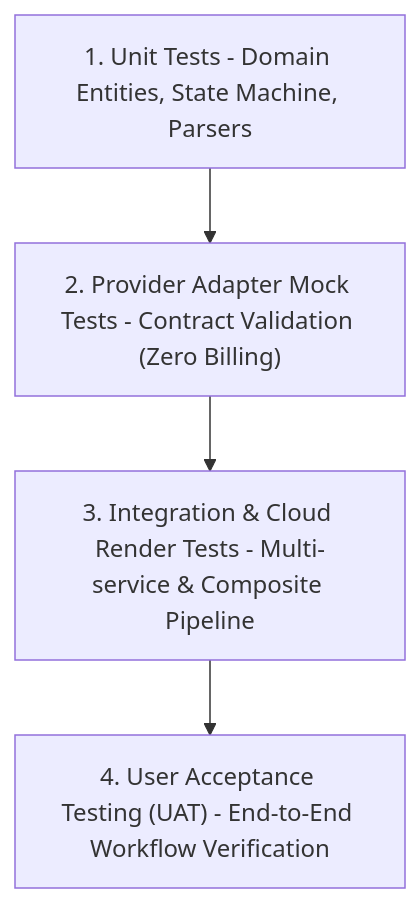
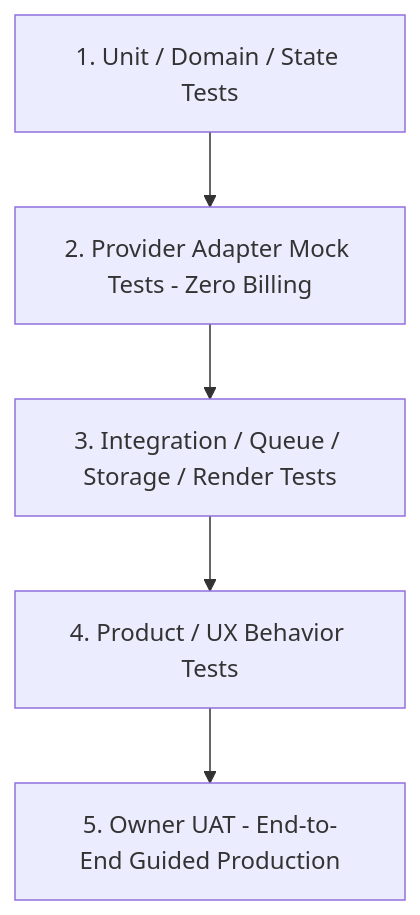
The diagram in project-docs/40_DELIVERY/TEST_UAT_STRATEGY.md (rebootob/Orbis-Video-Studio-AI), drawn with Mermaid before and after one commit. The commit also changed other lines of this file, not shown here.

Commit message:
docs: update test and UAT strategy for staged automation

````diff
--- a/project-docs/40_DELIVERY/TEST_UAT_STRATEGY.md
+++ b/project-docs/40_DELIVERY/TEST_UAT_STRATEGY.md
@@ -11,11 +11,13 @@
 ```mermaid
 graph TD
-    UAT["4. User Acceptance Testing (UAT) - End-to-End Workflow Verification"]
-    Integration["3. Integration & Cloud Render Tests - Multi-service & Composite Pipeline"]
-    MockProvider["2. Provider Adapter Mock Tests - Contract Validation (Zero Billing)"]
-    Unit["1. Unit Tests - Domain Entities, State Machine, Parsers"]
+    UAT["5. Owner UAT - End-to-End Guided Production"]
+    Product["4. Product / UX Behavior Tests"]
+    Integration["3. Integration / Queue / Storage / Render Tests"]
+    MockProvider["2. Provider Adapter Mock Tests - Zero Billing"]
+    Unit["1. Unit / Domain / State Tests"]
 
     Unit --> MockProvider
     MockProvider --> Integration
-    Integration --> UAT
+    Integration --> Product
+    Product --> UAT
 ```
````
